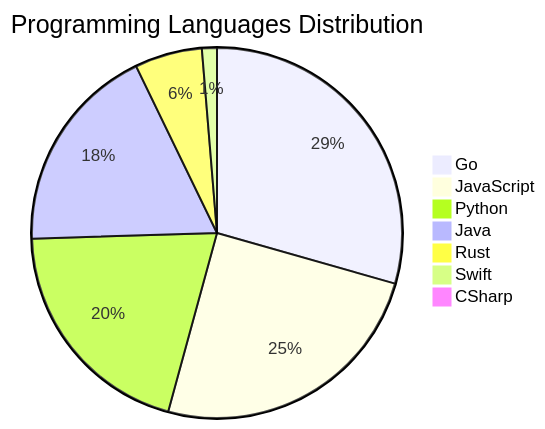
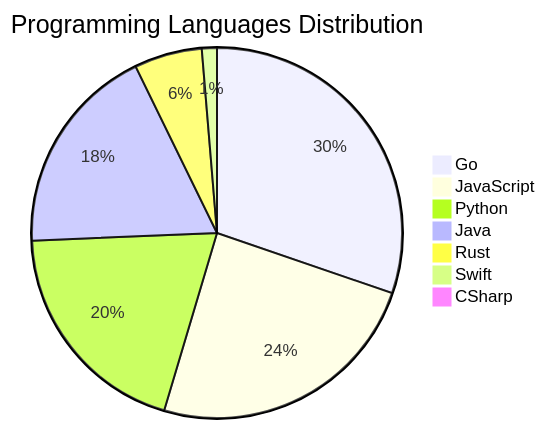
The diagram in README.md (Derrick-MUGISHA/github-activity-bot), drawn with Mermaid before and after one commit. The commit also changed other lines of this file and 4 other files, not shown here.

````diff
--- a/README.md
+++ b/README.md
@@ -209,10 +209,10 @@
 ```mermaid
 pie title Programming Languages Distribution
-    "Go" : 45
-    "JavaScript" : 38
-    "Python" : 31
+    "Go" : 46
+    "JavaScript" : 37
+    "Python" : 30
     "Java" : 28
     "Rust" : 9
     "Swift" : 2
     "CSharp" : 1
 ```
````
